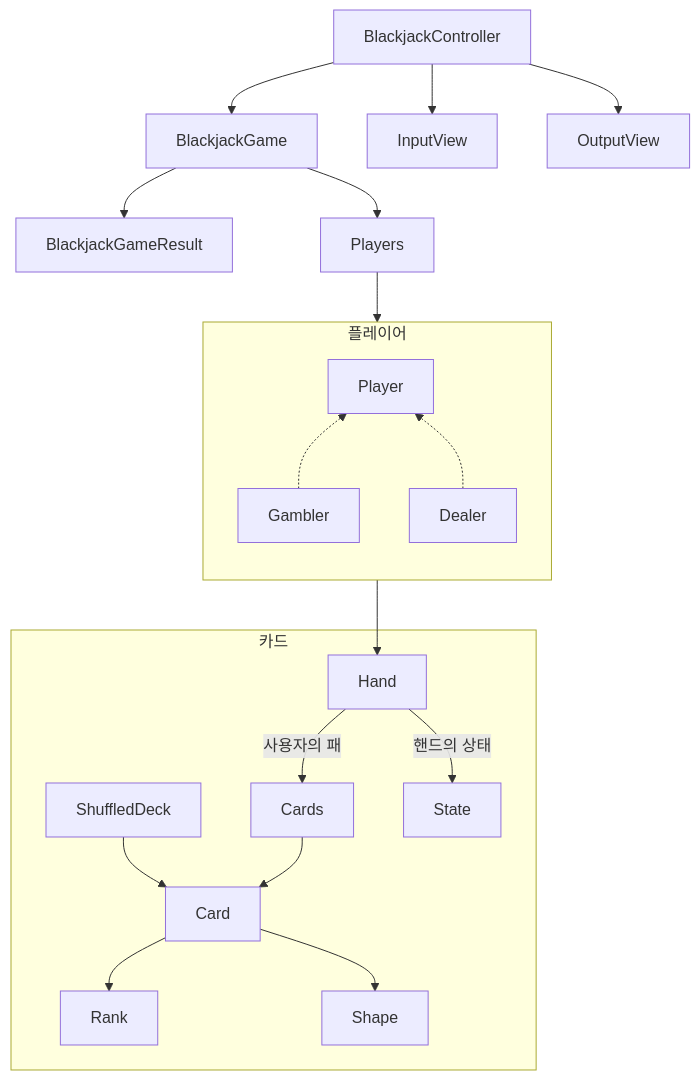
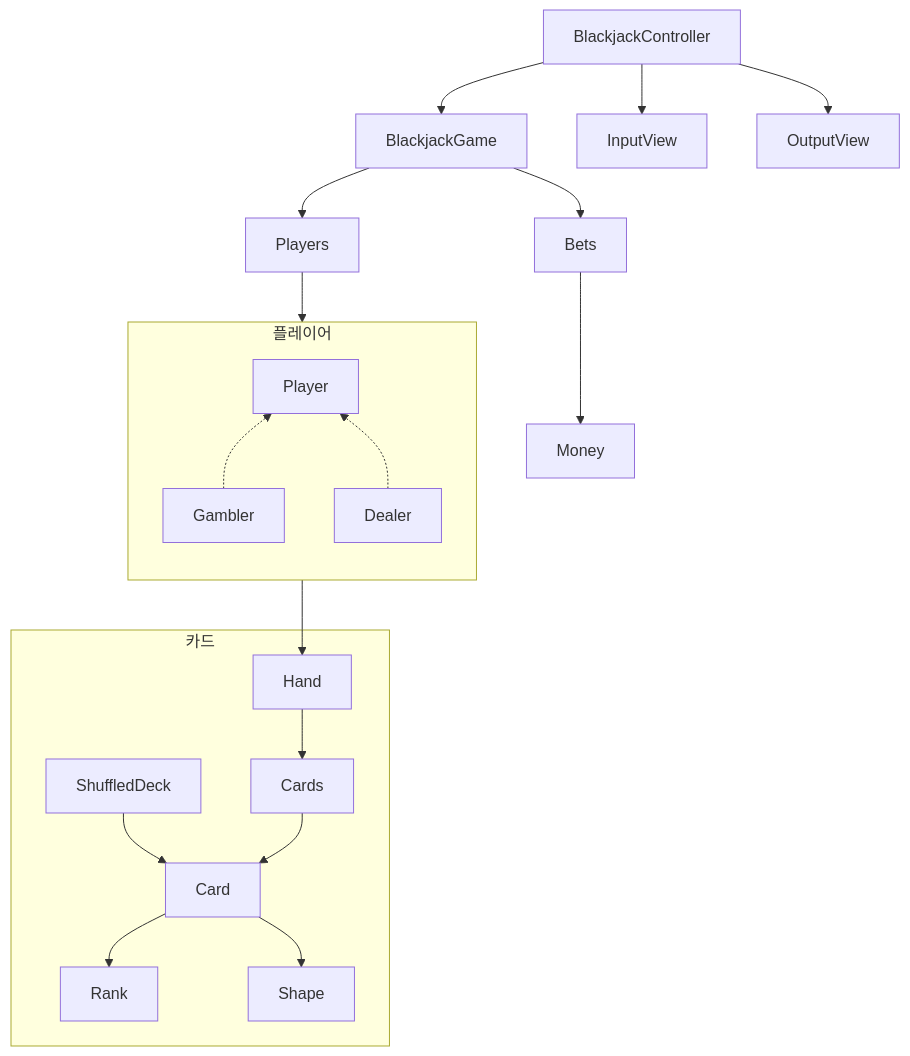
Before and after one commit to woowacourse/java-blackjack: the first of 2 diagrams in README.md, drawn with Mermaid. The commit also changed other lines of this file and 55 other files, not shown here.

````diff
--- a/README.md
+++ b/README.md
@@ -11,26 +11,25 @@
 ```mermaid
 flowchart TD
     BlackjackController --> BlackjackGame
     BlackjackController --> InputView
     BlackjackController --> OutputView
-
-    BlackjackGame --> BlackjackGameResult
+    
+    BlackjackGame --> Bets --> Money
     BlackjackGame --> Players
-
+    
     subgraph 카드
         ShuffledDeck --> Card
         Card --> Rank
         Card --> Shape
         Cards --> Card
-        Hand -- 사용자의 패 --> Cards
-        Hand -- 핸드의 상태 --> State
+        Hand --> Cards
     end
-
+    
     Players --> 플레이어 --> Hand
-
+    
     subgraph 플레이어
         direction BT
         Gambler -.-> Player
         Dealer -.-> Player
     end
 ```
````
